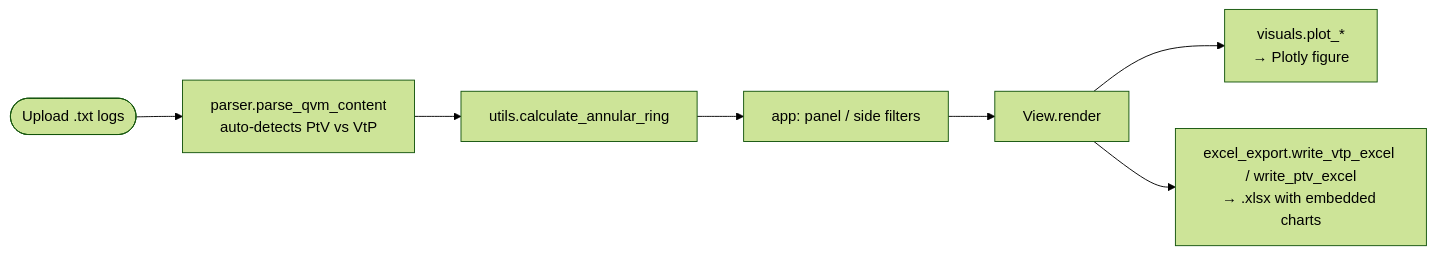
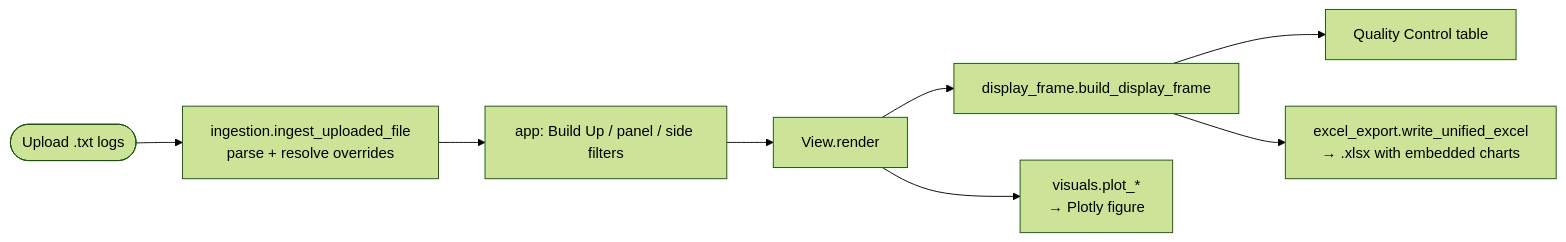
The second of 2 diagrams in qvm_dashboard/ARCHITECTURE.md (sheldcoop/QVM), drawn with Mermaid (forest theme) before and after one commit. The commit also changed other lines of this file and 2 other files, not shown here.

````diff
--- a/qvm_dashboard/ARCHITECTURE.md
+++ b/qvm_dashboard/ARCHITECTURE.md
@@ -48,9 +57,10 @@
 ```mermaid
 flowchart LR
-    upload([Upload .txt logs]) --> parse[parser.parse_qvm_content<br/>auto-detects PtV vs VtP]
-    parse --> annular[utils.calculate_annular_ring]
-    annular --> scope[app: panel / side filters]
+    upload([Upload .txt logs]) --> parse[ingestion.ingest_uploaded_file<br/>parse + resolve overrides]
+    parse --> scope[app: Build Up / panel / side filters]
     scope --> view[View.render]
+    view --> display[display_frame.build_display_frame]
+    display --> table[Quality Control table]
+    display --> xlsx[excel_export.write_unified_excel<br/>→ .xlsx with embedded charts]
     view --> charts[visuals.plot_*<br/>→ Plotly figure]
-    view --> xlsx[excel_export.write_vtp_excel / write_ptv_excel<br/>→ .xlsx with embedded charts]
 ```
````
